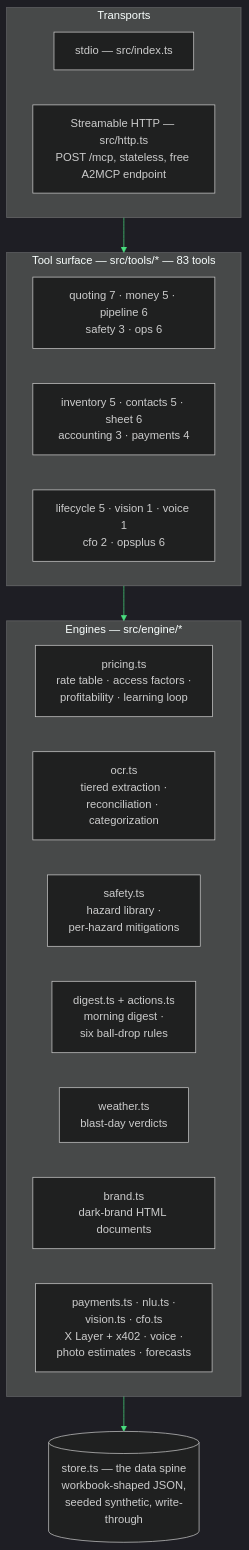
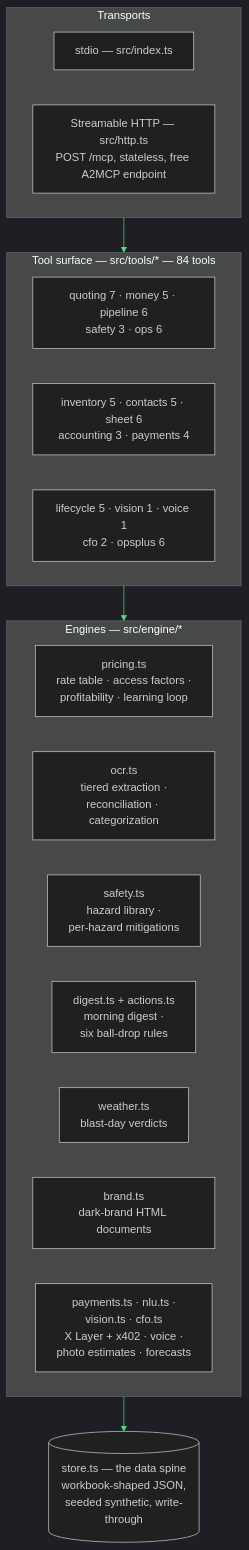
One commit to kr8tiv-ai/evolved changed the diagram in docs/ARCHITECTURE.md. Above: the diagram before and after it, drawn with Mermaid. The commit also changed other lines of this file and 24 other files, not shown here.

````diff
--- a/docs/ARCHITECTURE.md
+++ b/docs/ARCHITECTURE.md
@@ -10,24 +10,24 @@
 ```mermaid
 %%{init: {"theme": "dark", "themeVariables": {"primaryColor": "#101010", "primaryBorderColor": "#4ade80", "primaryTextColor": "#f3f4f6", "lineColor": "#4ade80"}}}%%
 flowchart TB
     subgraph transports [Transports]
         A[stdio — src/index.ts]
         B[Streamable HTTP — src/http.ts<br>POST /mcp, stateless, free A2MCP endpoint]
     end
-    subgraph surface [Tool surface — src/tools/* — 83 tools]
+    subgraph surface [Tool surface — src/tools/* — 84 tools]
         Q[quoting 7 · money 5 · pipeline 6<br>safety 3 · ops 6]
         R[inventory 5 · contacts 5 · sheet 6<br>accounting 3 · payments 4]
         S2[lifecycle 5 · vision 1 · voice 1<br>cfo 2 · opsplus 6]
     end
     subgraph engines [Engines — src/engine/*]
         E1[pricing.ts<br>rate table · access factors ·<br>profitability · learning loop]
         E2[ocr.ts<br>tiered extraction ·<br>reconciliation · categorization]
         E3[safety.ts<br>hazard library ·<br>per-hazard mitigations]
         E4[digest.ts + actions.ts<br>morning digest ·<br>six ball-drop rules]
         E5[weather.ts<br>blast-day verdicts]
         E6[brand.ts<br>dark-brand HTML documents]
         E7[payments.ts · nlu.ts ·<br>vision.ts · cfo.ts<br>X Layer + x402 · voice ·<br>photo estimates · forecasts]
     end
     D[(store.ts — the data spine<br>workbook-shaped JSON,<br>seeded synthetic, write-through)]
     transports --> surface --> engines --> D
 ```
````
